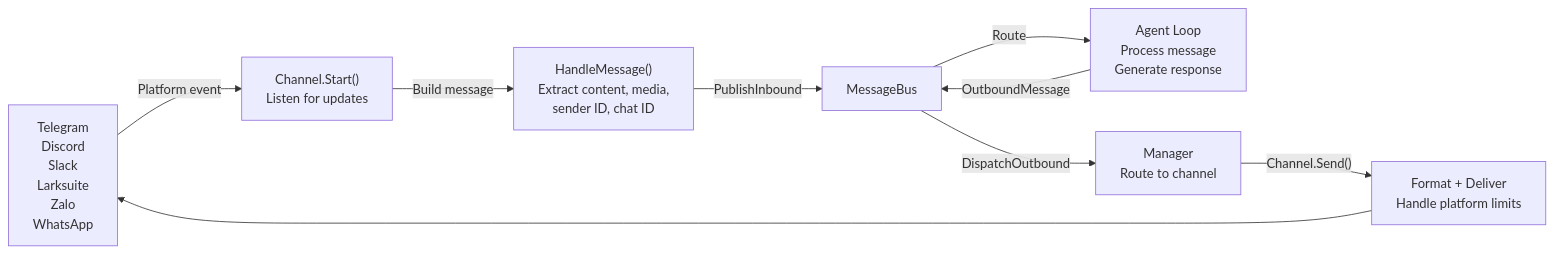
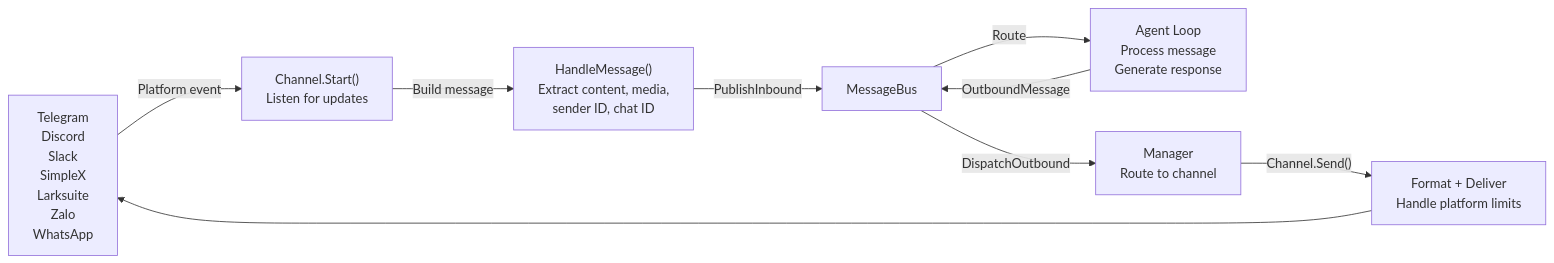
The first of 2 diagrams in channels/overview.md (jooray/goclaw-docs), drawn with Mermaid before and after one commit. The commit also changed other lines of this file and 11 other files, not shown here.

````diff
--- a/channels/overview.md
+++ b/channels/overview.md
@@ -7,15 +7,15 @@
 ```mermaid
 flowchart LR
-    TG["Telegram<br/>Discord<br/>Slack<br/>Larksuite<br/>Zalo<br/>WhatsApp"]
+    TG["Telegram<br/>Discord<br/>Slack<br/>SimpleX<br/>Larksuite<br/>Zalo<br/>WhatsApp"]
 
     TG -->|"Platform event"| Listen["Channel.Start()<br/>Listen for updates"]
     Listen -->|"Build message"| Handle["HandleMessage()<br/>Extract content, media,<br/>sender ID, chat ID"]
     Handle -->|"PublishInbound"| Bus["MessageBus"]
 
     Bus -->|"Route"| Agent["Agent Loop<br/>Process message<br/>Generate response"]
     Agent -->|"OutboundMessage"| Bus
 
     Bus -->|"DispatchOutbound"| Manager["Manager<br/>Route to channel"]
     Manager -->|"Channel.Send()"| Send["Format + Deliver<br/>Handle platform limits"]
     Send --> TG
 ```
````
